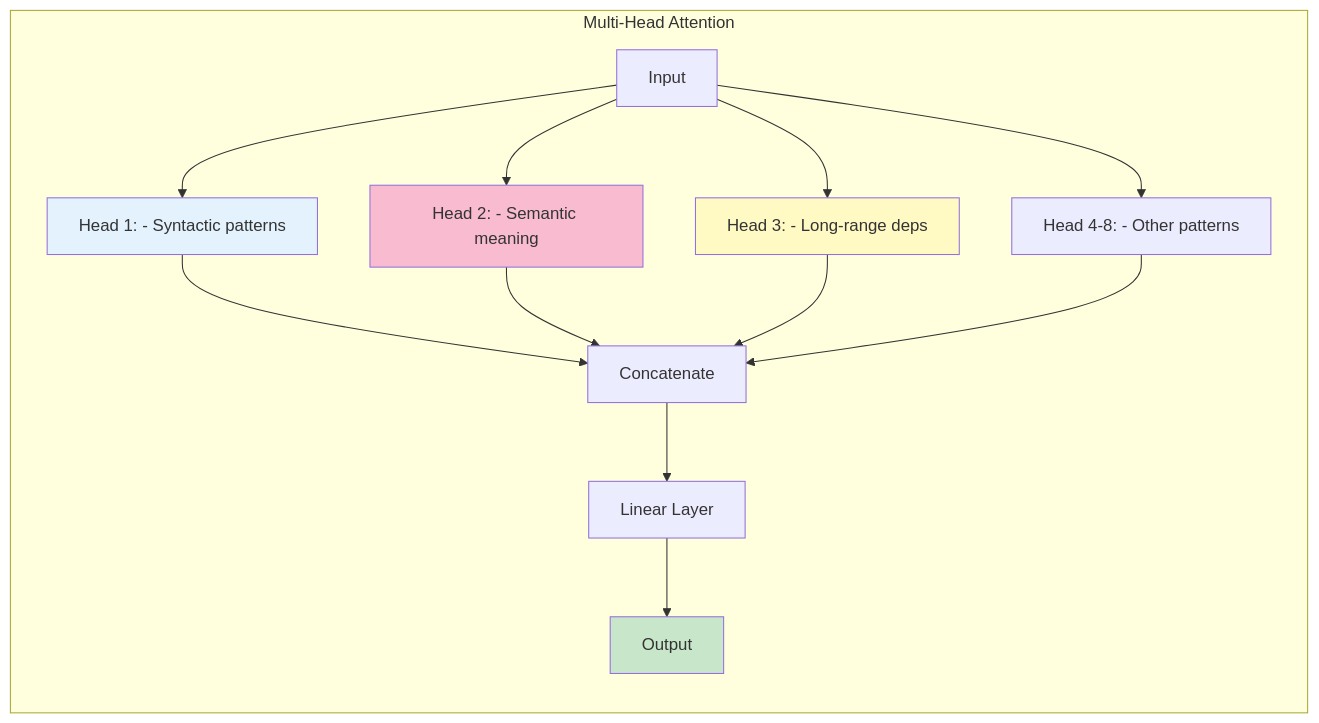
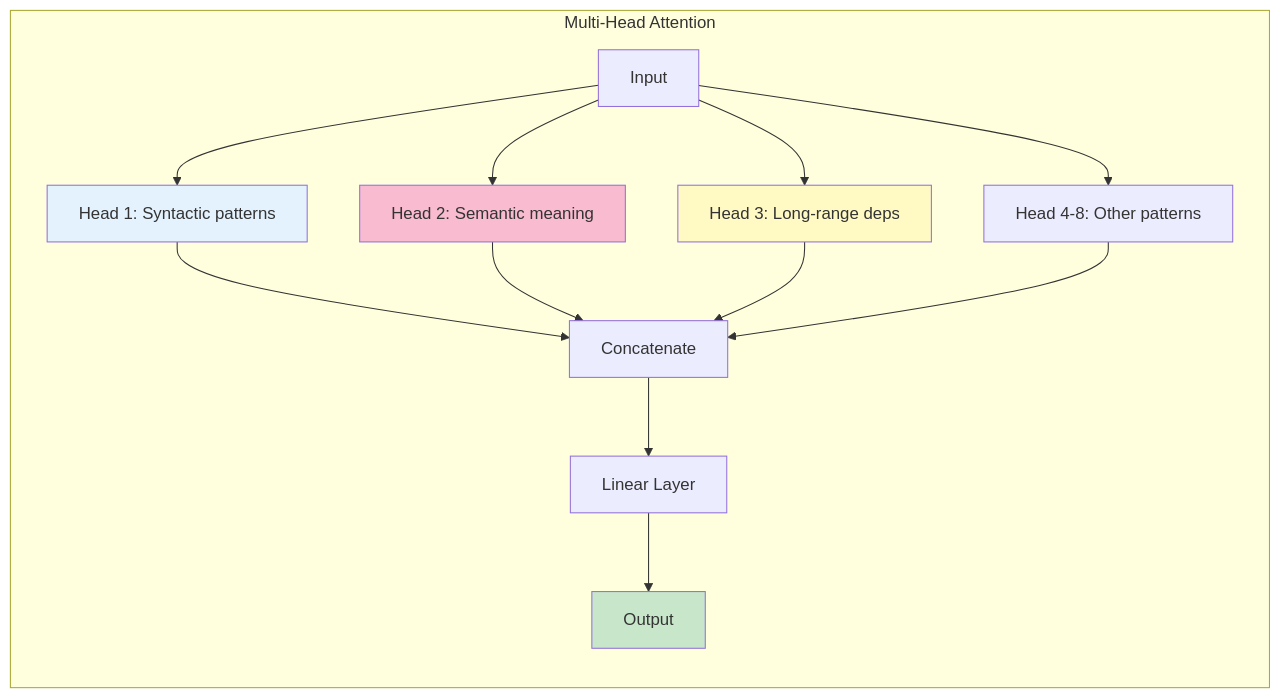
The fifth of 9 diagrams in docs/learning/01-llm-fundamentals.md (indhra/llm_rag_sec_findings), drawn with Mermaid before and after one commit. The commit also changed other lines of this file and 9 other files, not shown here.

````diff
--- a/docs/learning/01-llm-fundamentals.md
+++ b/docs/learning/01-llm-fundamentals.md
@@ -170,22 +170,22 @@
 ```mermaid
 graph LR
     subgraph "Multi-Head Attention"
-        I[Input] --> H1[Head 1: - Syntactic patterns]
-        I --> H2[Head 2: - Semantic meaning]
-        I --> H3[Head 3: - Long-range deps]
-        I --> H4[Head 4-8: - Other patterns]
+        I["Input"] --> H1["Head 1: Syntactic patterns"]
+        I --> H2["Head 2: Semantic meaning"]
+        I --> H3["Head 3: Long-range deps"]
+        I --> H4["Head 4-8: Other patterns"]
         
-        H1 --> C[Concatenate]
+        H1 --> C["Concatenate"]
         H2 --> C
         H3 --> C
         H4 --> C
         
-        C --> L[Linear Layer]
-        L --> O[Output]
+        C --> L["Linear Layer"]
+        L --> O["Output"]
     end
     
     style H1 fill:#e3f2fd
     style H2 fill:#f8bbd0
     style H3 fill:#fff9c4
     style O fill:#c8e6c9
 ```
````
